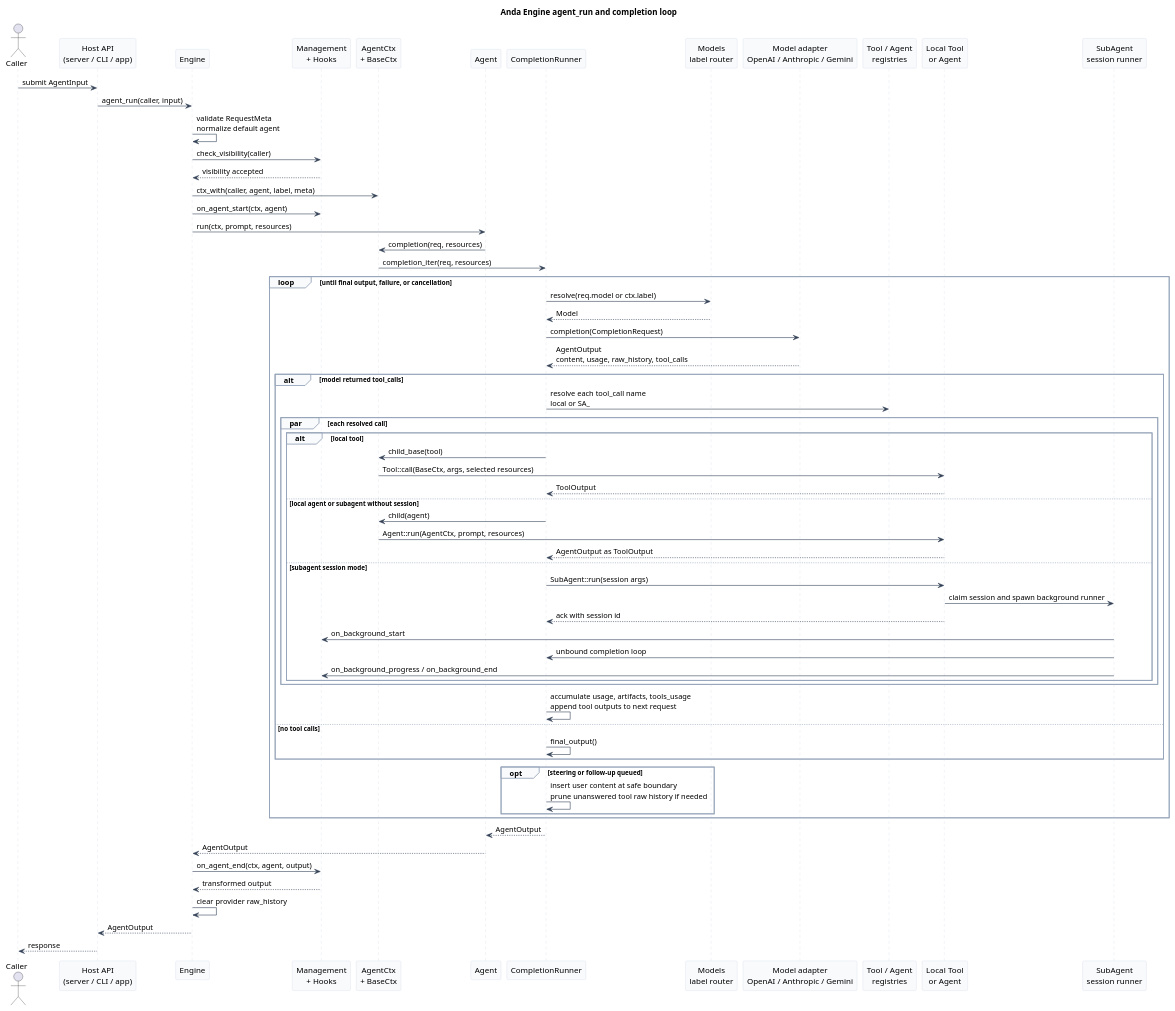
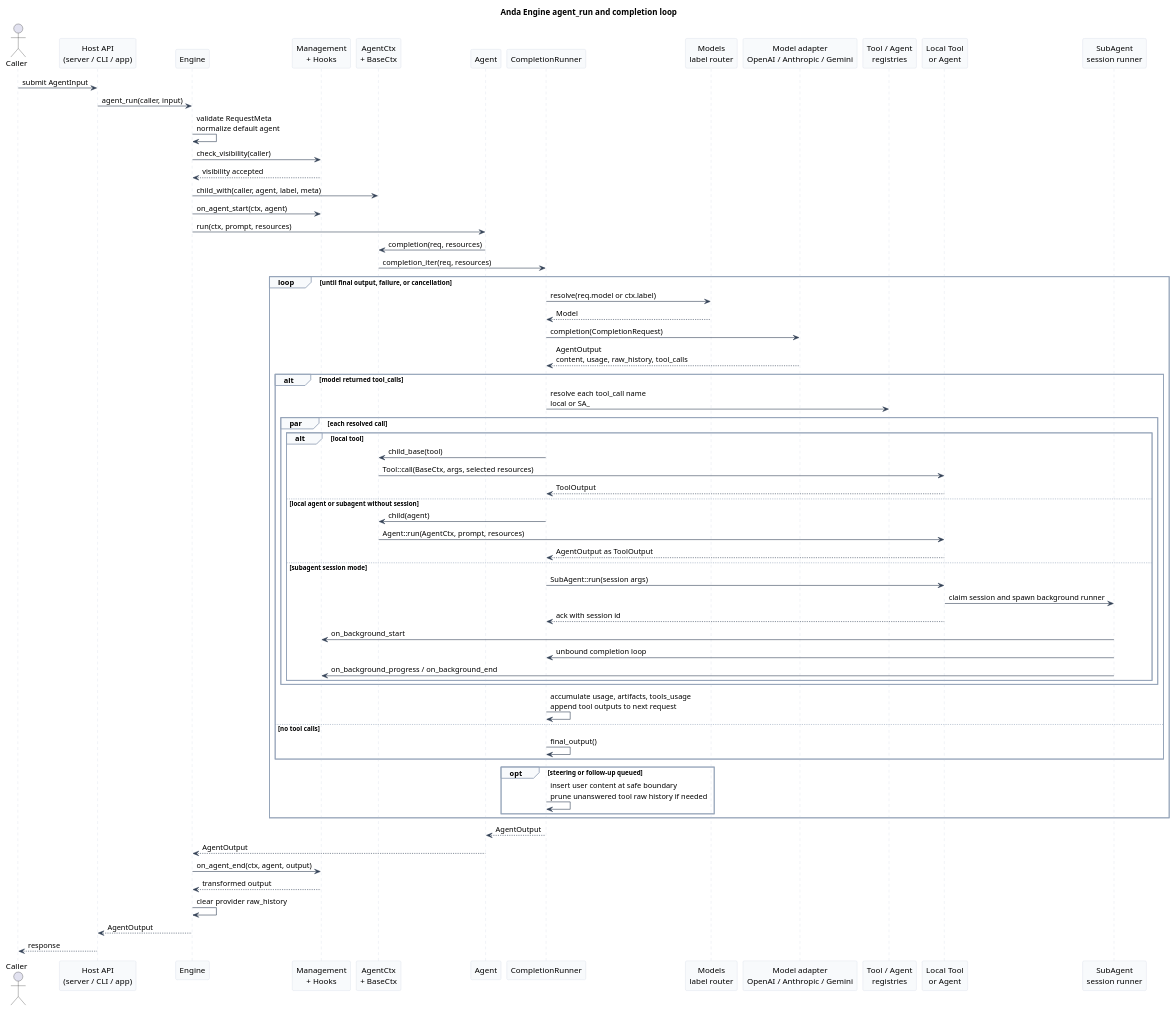
One commit to ldclabs/anda changed the diagram in docs/architecture.md. Above: the diagram before and after it, drawn with PlantUML. The commit also changed other lines of this file and 36 other files, not shown here.

````diff
--- a/docs/architecture.md
+++ b/docs/architecture.md
@@ -148,76 +148,76 @@
 ```plantuml
 @startuml
 title Anda Engine agent_run and completion loop
 skinparam backgroundColor #FFFFFF
 skinparam sequenceArrowColor #334155
 skinparam sequenceLifeLineBorderColor #CBD5E1
 skinparam sequenceParticipantBorderColor #CBD5E1
 skinparam sequenceParticipantBackgroundColor #F8FAFC
 skinparam sequenceGroupBorderColor #94A3B8
 skinparam sequenceGroupBackgroundColor #F8FAFC
 skinparam noteBackgroundColor #FFF7ED
 skinparam noteBorderColor #FDBA74
 actor Caller
 participant "Host API\n(server / CLI / app)" as Host
 participant "Engine" as Engine
 participant "Management\n+ Hooks" as Guard
 participant "AgentCtx\n+ BaseCtx" as Ctx
 participant "Agent" as Agent
 participant "CompletionRunner" as Runner
 participant "Models\nlabel router" as Models
 participant "Model adapter\nOpenAI / Anthropic / Gemini" as Model
 participant "Tool / Agent\nregistries" as Registry
 participant "Local Tool\nor Agent" as Local
 participant "SubAgent\nsession runner" as SubSession
 Caller -> Host : submit AgentInput
 Host -> Engine : agent_run(caller, input)
 Engine -> Engine : validate RequestMeta\nnormalize default agent
 Engine -> Guard : check_visibility(caller)
 Guard --> Engine : visibility accepted
-Engine -> Ctx : ctx_with(caller, agent, label, meta)
+Engine -> Ctx : child_with(caller, agent, label, meta)
 Engine -> Guard : on_agent_start(ctx, agent)
 Engine -> Agent : run(ctx, prompt, resources)
 Agent -> Ctx : completion(req, resources)
 Ctx -> Runner : completion_iter(req, resources)
 loop until final output, failure, or cancellation
 Runner -> Models : resolve(req.model or ctx.label)
 Models --> Runner : Model
 Runner -> Model : completion(CompletionRequest)
 Model --> Runner : AgentOutput\ncontent, usage, raw_history, tool_calls
 alt model returned tool_calls
 Runner -> Registry : resolve each tool_call name\nlocal or SA_
 par each resolved call
 alt local tool
 Runner -> Ctx : child_base(tool)
 Ctx -> Local : Tool::call(BaseCtx, args, selected resources)
 Local --> Runner : ToolOutput
 else local agent or subagent without session
 Runner -> Ctx : child(agent)
 Ctx -> Local : Agent::run(AgentCtx, prompt, resources)
 Local --> Runner : AgentOutput as ToolOutput
 else subagent session mode
 Runner -> Local : SubAgent::run(session args)
 Local -> SubSession : claim session and spawn background runner
 Local --> Runner : ack with session id
 SubSession -> Guard : on_background_start
 SubSession -> Runner : unbound completion loop
 SubSession -> Guard : on_background_progress / on_background_end
 end
 end
 Runner -> Runner : accumulate usage, artifacts, tools_usage\nappend tool outputs to next request
 else no tool calls
 Runner -> Runner : final_output()
 end
 opt steering or follow-up queued
 Runner -> Runner : insert user content at safe boundary\nprune unanswered tool raw history if needed
 end
 end
 Runner --> Agent : AgentOutput
 Agent --> Engine : AgentOutput
 Engine -> Guard : on_agent_end(ctx, agent, output)
 Guard --> Engine : transformed output
 Engine -> Engine : clear provider raw_history
 Engine --> Host : AgentOutput
 Host --> Caller : response
 @enduml
 ```
````
